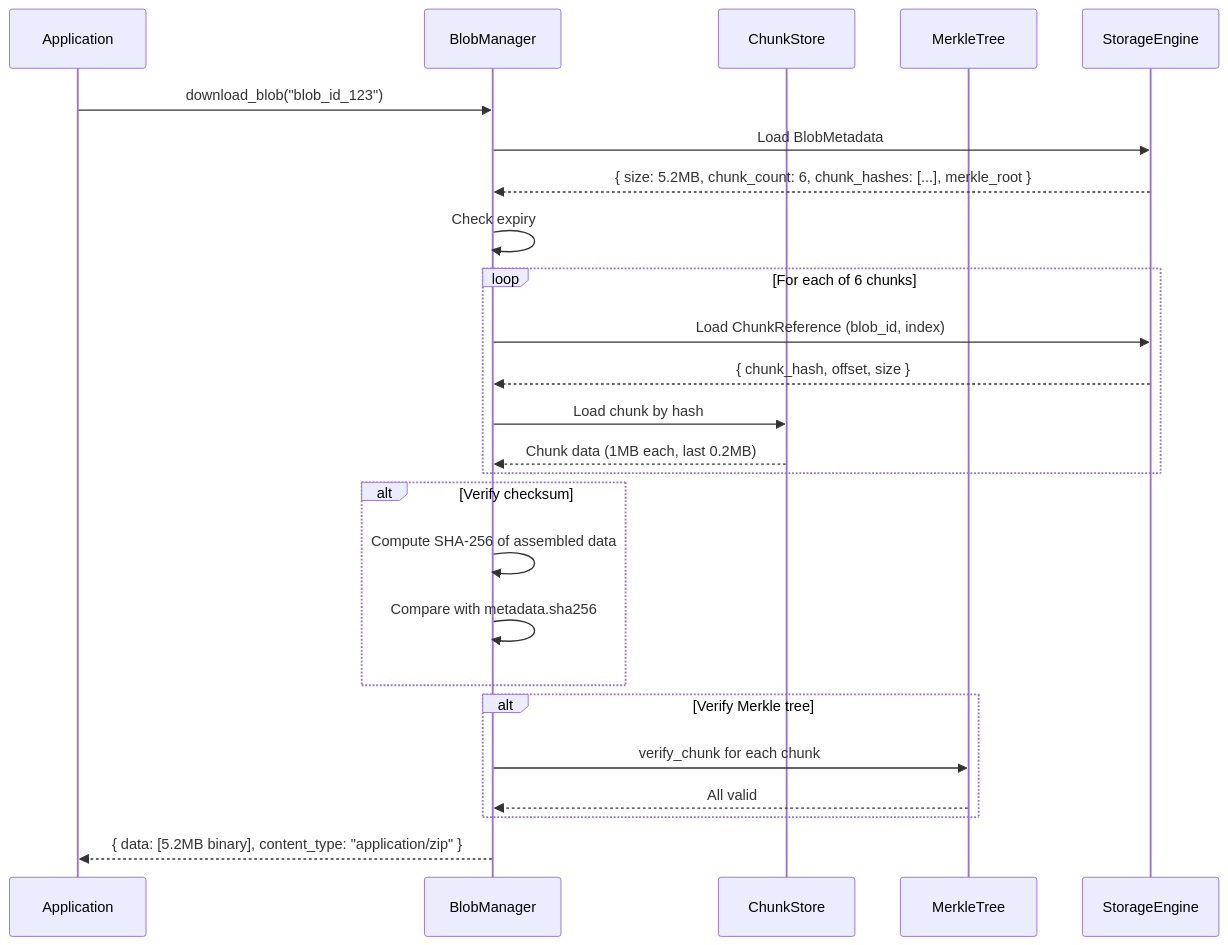
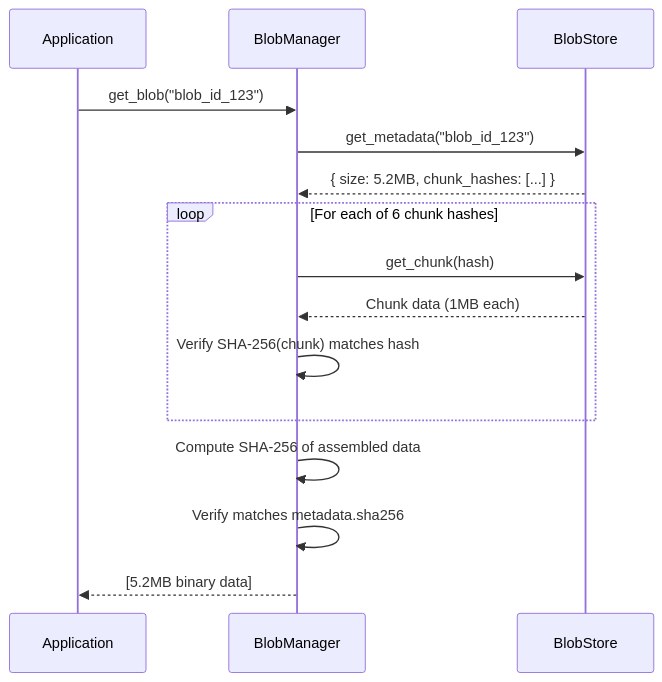
Before and after one commit to Icarus-afk/Nova-Runtime: the eighth of 12 diagrams in docs/20-blob-storage.md, drawn with Mermaid. The commit also changed other lines of this file and 7 other files, not shown here.

First line of the commit message:
Update architecture docs to match Phase 3 implementation

````diff
--- a/docs/20-blob-storage.md
+++ b/docs/20-blob-storage.md
@@ -1549,35 +1003,21 @@
 ```mermaid
 sequenceDiagram
     participant A as Application
     participant BM as BlobManager
-    participant CH as ChunkStore
-    participant MT as MerkleTree
-    participant SE as StorageEngine
+    participant ST as BlobStore
 
-    A->>BM: download_blob("blob_id_123")
+    A->>BM: get_blob("blob_id_123")
+    BM->>ST: get_metadata("blob_id_123")
+    ST-->>BM: { size: 5.2MB, chunk_hashes: [...] }
     
-    BM->>SE: Load BlobMetadata
-    SE-->>BM: { size: 5.2MB, chunk_count: 6, chunk_hashes: [...], merkle_root }
-    
-    BM->>BM: Check expiry
-    
-    loop For each of 6 chunks
-        BM->>SE: Load ChunkReference (blob_id, index)
-        SE-->>BM: { chunk_hash, offset, size }
-        
-        BM->>CH: Load chunk by hash
-        CH-->>BM: Chunk data (1MB each, last 0.2MB)
+    loop For each of 6 chunk hashes
+        BM->>ST: get_chunk(hash)
+        ST-->>BM: Chunk data (1MB each)
+        BM->>BM: Verify SHA-256(chunk) matches hash
     end
     
-    alt Verify checksum
-        BM->>BM: Compute SHA-256 of assembled data
-        BM->>BM: Compare with metadata.sha256
-    end
+    BM->>BM: Compute SHA-256 of assembled data
+    BM->>BM: Verify matches metadata.sha256
     
-    alt Verify Merkle tree
-        BM->>MT: verify_chunk for each chunk
-        MT-->>BM: All valid
-    end
-    
-    BM-->>A: { data: [5.2MB binary], content_type: "application/zip" }
+    BM-->>A: [5.2MB binary data]
 ```
````
